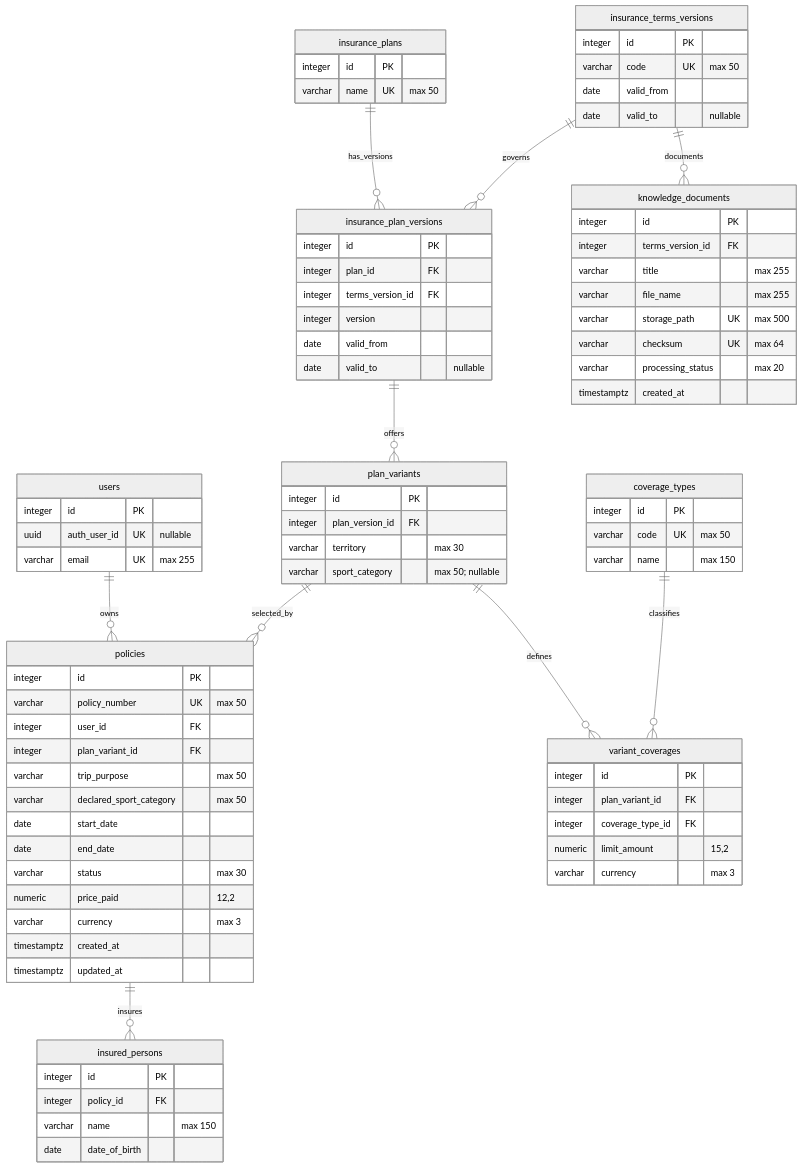
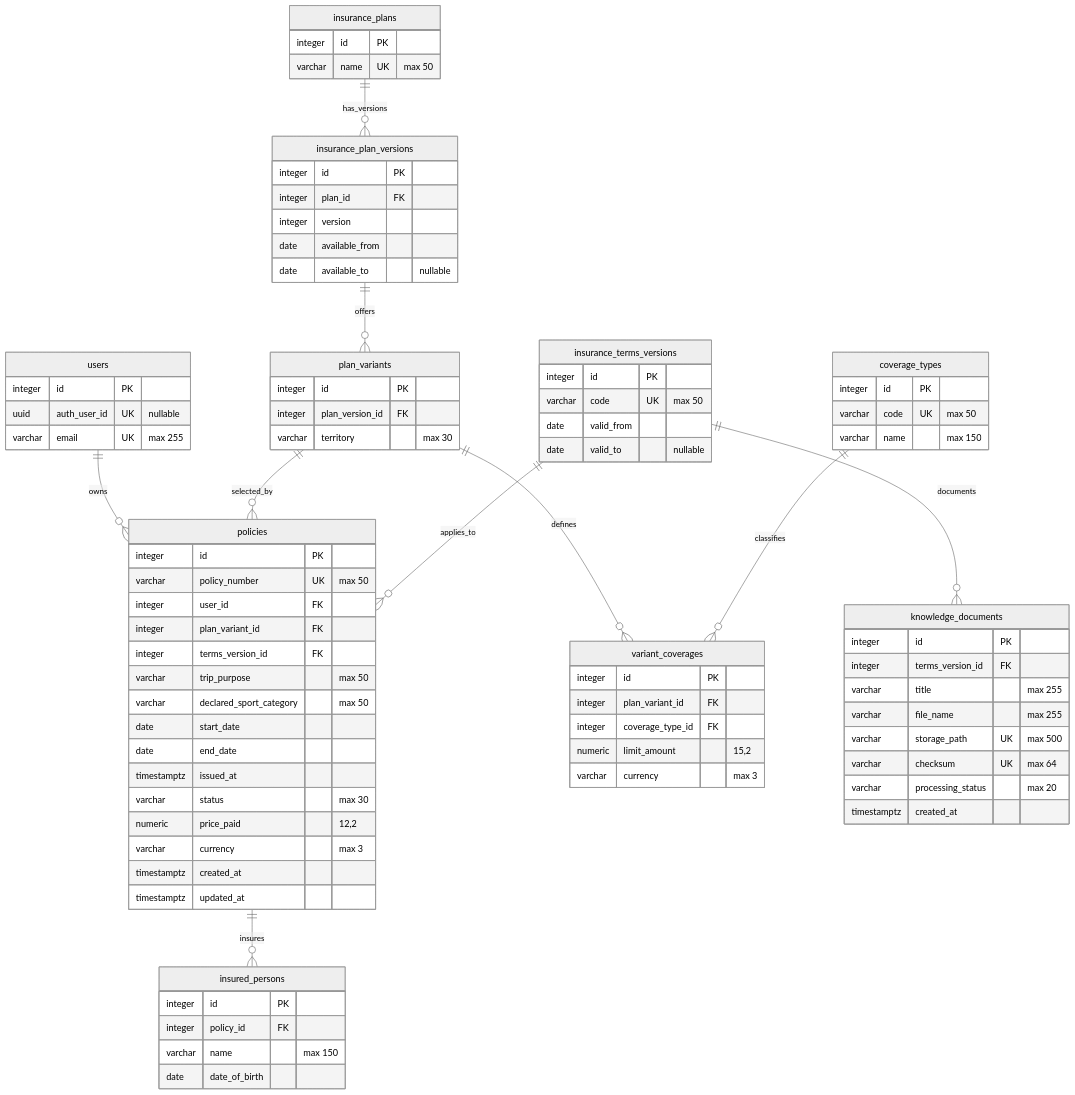
The diagram in docs/current-database-erd.md (ubungmeister/travel-insurance-ai-advisor), drawn with Mermaid (neutral theme) before and after one commit. The commit also changed other lines of this file and 11 other files, not shown here.

Commit message:
feat: refactor insurance models and policies to support versioning and immutability of coverage schedules

````diff
--- a/docs/current-database-erd.md
+++ b/docs/current-database-erd.md
@@ -5,14 +5,14 @@
-```mermaid
+~~~mermaid
 erDiagram
     users ||--o{ policies : owns
     policies ||--o{ insured_persons : insures
     insurance_plans ||--o{ insurance_plan_versions : has_versions
-    insurance_terms_versions ||--o{ insurance_plan_versions : governs
-    insurance_terms_versions ||--o{ knowledge_documents : documents
     insurance_plan_versions ||--o{ plan_variants : offers
     plan_variants ||--o{ policies : selected_by
     plan_variants ||--o{ variant_coverages : defines
     coverage_types ||--o{ variant_coverages : classifies
+    insurance_terms_versions ||--o{ policies : applies_to
+    insurance_terms_versions ||--o{ knowledge_documents : documents
 
     users {
         integer id PK
@@ -25,10 +25,12 @@
         varchar policy_number UK "max 50"
         integer user_id FK
         integer plan_variant_id FK
+        integer terms_version_id FK
         varchar trip_purpose "max 50"
         varchar declared_sport_category "max 50"
         date start_date
         date end_date
+        timestamptz issued_at
         varchar status "max 30"
         numeric price_paid "12,2"
         varchar currency "max 3"
@@ -51,24 +53,15 @@
     insurance_plan_versions {
         integer id PK
         integer plan_id FK
-        integer terms_version_id FK
         integer version
-        date valid_from
-        date valid_to "nullable"
-    }
-
-    insurance_terms_versions {
-        integer id PK
-        varchar code UK "max 50"
-        date valid_from
-        date valid_to "nullable"
+        date available_from
+        date available_to "nullable"
     }
 
     plan_variants {
         integer id PK
         integer plan_version_id FK
         varchar territory "max 30"
-        varchar sport_category "max 50; nullable"
     }
 
     coverage_types {
@@ -85,6 +78,13 @@
         varchar currency "max 3"
     }
 
+    insurance_terms_versions {
+        integer id PK
+        varchar code UK "max 50"
+        date valid_from
+        date valid_to "nullable"
+    }
+
     knowledge_documents {
         integer id PK
         integer terms_version_id FK
@@ -95,4 +95,4 @@
         varchar processing_status "max 20"
         timestamptz created_at
     }
-```
+~~~
````
